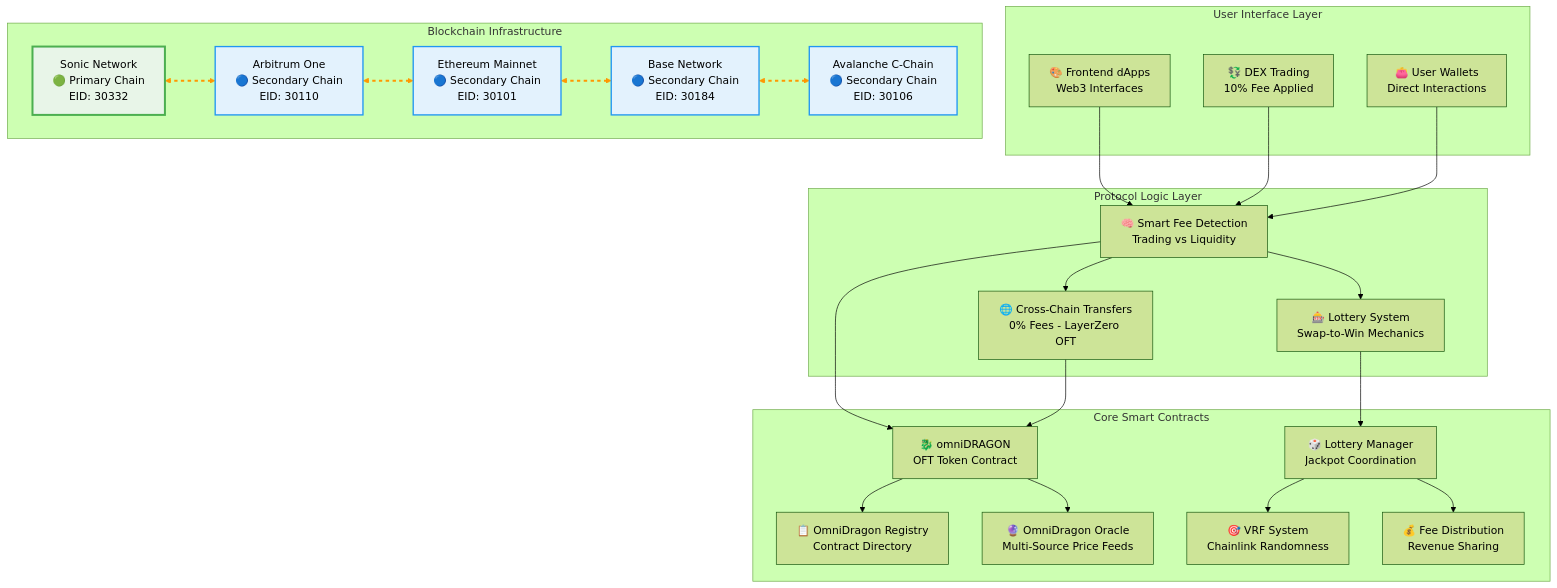
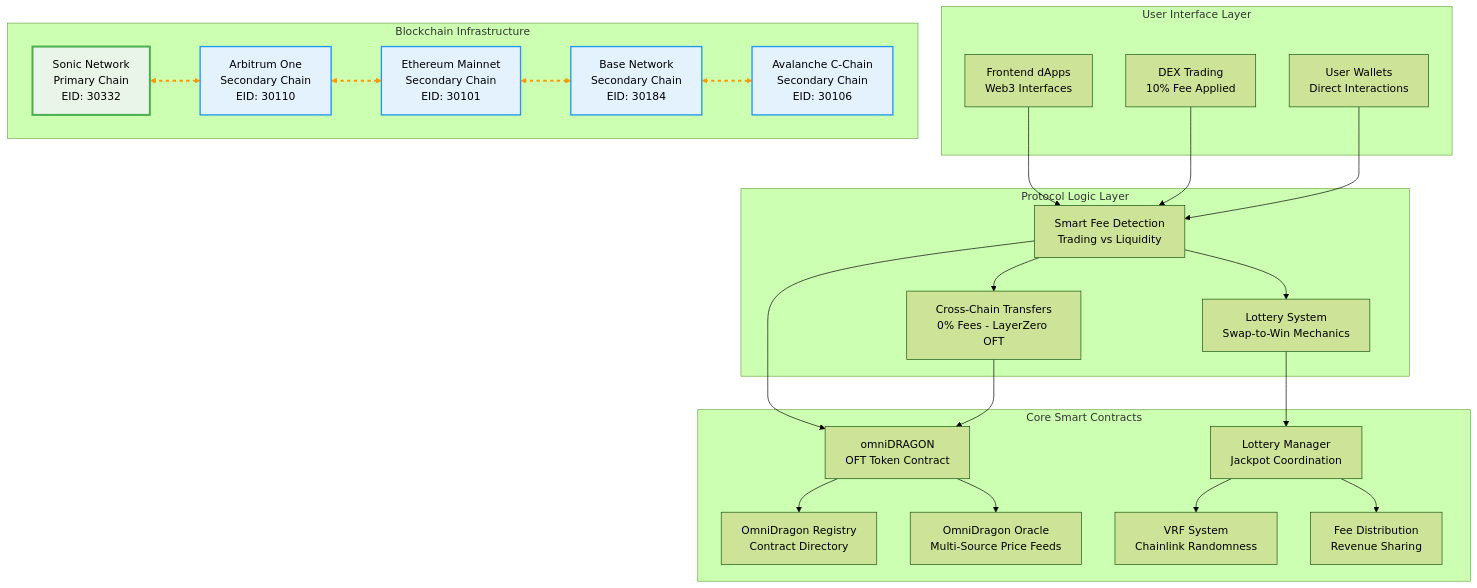
The first of 11 diagrams in docs/diagrams.md (omnidragon-io/docs), drawn with Mermaid (forest theme) before and after one commit. The commit also changed other lines of this file, not shown here.

First line of the commit message:
docs: remove all emojis from Mermaid diagrams for clean, professional appearance

````diff
--- a/docs/diagrams.md
+++ b/docs/diagrams.md
@@ -14,60 +14,60 @@
 ```mermaid
 graph TB
     subgraph "User Interface Layer"
-        FE[🎨 Frontend dApps<br/>Web3 Interfaces]
-        DEX[💱 DEX Trading<br/>10% Fee Applied]
-        WALLET[👛 User Wallets<br/>Direct Interactions]
+        FE[Frontend dApps<br/>Web3 Interfaces]
+        DEX[DEX Trading<br/>10% Fee Applied]
+        WALLET[User Wallets<br/>Direct Interactions]
     end
 
     subgraph "Protocol Logic Layer"
-        FEES[🧠 Smart Fee Detection<br/>Trading vs Liquidity]
-        LOTTERY[🎰 Lottery System<br/>Swap-to-Win Mechanics]
-        BRIDGE[🌐 Cross-Chain Transfers<br/>0% Fees - LayerZero OFT]
+        FEES[Smart Fee Detection<br/>Trading vs Liquidity]
+        LOTTERY[Lottery System<br/>Swap-to-Win Mechanics]
+        BRIDGE[Cross-Chain Transfers<br/>0% Fees - LayerZero OFT]
     end
 
     subgraph "Core Smart Contracts"
-        DRAGON[🐉 omniDRAGON<br/>OFT Token Contract]
-        REGISTRY[📋 OmniDragon Registry<br/>Contract Directory]
-        ORACLE[🔮 OmniDragon Oracle<br/>Multi-Source Price Feeds]
-        LOTTERY_MGR[🎲 Lottery Manager<br/>Jackpot Coordination]
-        VRF[🎯 VRF System<br/>Chainlink Randomness]
-        FEE_DIST[💰 Fee Distribution<br/>Revenue Sharing]
+        DRAGON[omniDRAGON<br/>OFT Token Contract]
+        REGISTRY[OmniDragon Registry<br/>Contract Directory]
+        ORACLE[OmniDragon Oracle<br/>Multi-Source Price Feeds]
+        LOTTERY_MGR[Lottery Manager<br/>Jackpot Coordination]
+        VRF[VRF System<br/>Chainlink Randomness]
+        FEE_DIST[Fee Distribution<br/>Revenue Sharing]
     end
 
     subgraph "Blockchain Infrastructure"
-        SONIC[Sonic Network<br/>🟢 Primary Chain<br/>EID: 30332]
-        ARBITRUM[Arbitrum One<br/>🔵 Secondary Chain<br/>EID: 30110]
-        ETHEREUM[Ethereum Mainnet<br/>🔵 Secondary Chain<br/>EID: 30101]
-        BASE[Base Network<br/>🔵 Secondary Chain<br/>EID: 30184]
-        AVALANCHE[Avalanche C-Chain<br/>🔵 Secondary Chain<br/>EID: 30106]
+        SONIC[Sonic Network<br/>Primary Chain<br/>EID: 30332]
+        ARBITRUM[Arbitrum One<br/>Secondary Chain<br/>EID: 30110]
+        ETHEREUM[Ethereum Mainnet<br/>Secondary Chain<br/>EID: 30101]
+        BASE[Base Network<br/>Secondary Chain<br/>EID: 30184]
+        AVALANCHE[Avalanche C-Chain<br/>Secondary Chain<br/>EID: 30106]
     end
 
     FE --> FEES
     DEX --> FEES
     WALLET --> FEES
 
     FEES --> LOTTERY
     FEES --> BRIDGE
 
     FEES --> DRAGON
     LOTTERY --> LOTTERY_MGR
     BRIDGE --> DRAGON
 
     DRAGON --> REGISTRY
     DRAGON --> ORACLE
     LOTTERY_MGR --> VRF
     LOTTERY_MGR --> FEE_DIST
 
     SONIC <--> ARBITRUM
     ARBITRUM <--> ETHEREUM
     ETHEREUM <--> BASE
     BASE <--> AVALANCHE
 
     style SONIC fill:#e8f5e8,stroke:#4caf50,stroke-width:3px
     style ARBITRUM fill:#e3f2fd,stroke:#2196f3,stroke-width:2px
     style ETHEREUM fill:#e3f2fd,stroke:#2196f3,stroke-width:2px
     style BASE fill:#e3f2fd,stroke:#2196f3,stroke-width:2px
     style AVALANCHE fill:#e3f2fd,stroke:#2196f3,stroke-width:2px
 
     linkStyle 12,13,14,15 stroke:#ff9800,stroke-width:3px,stroke-dasharray: 5 5
 ```
````
